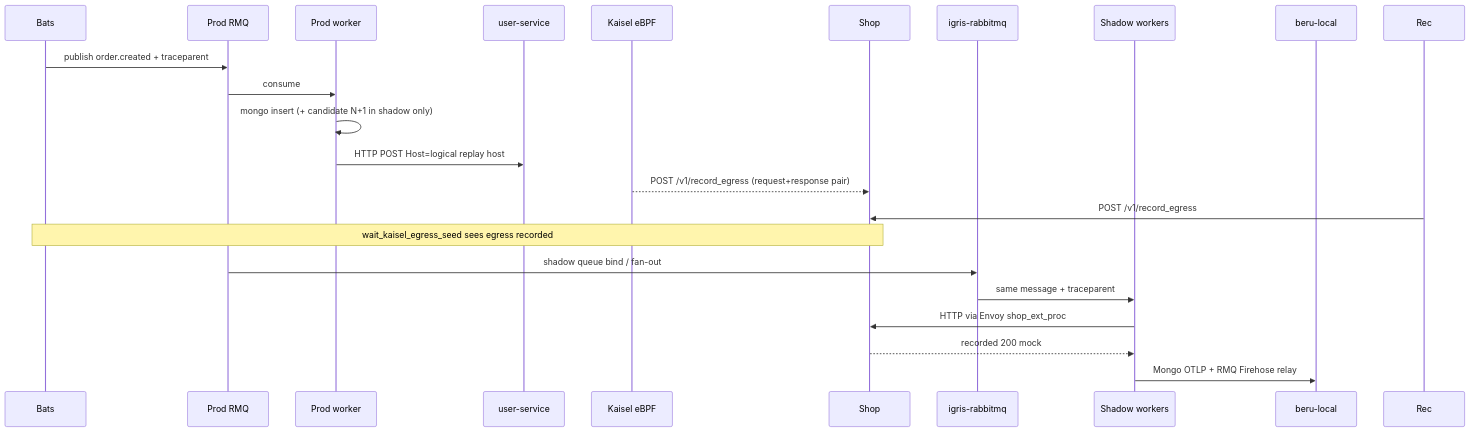
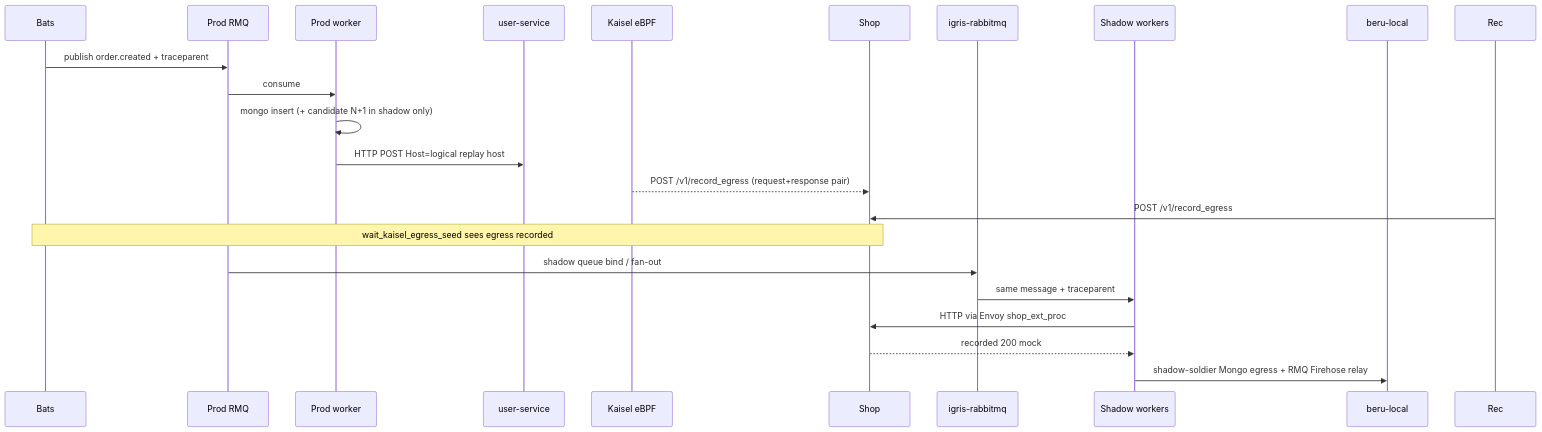
One commit to nederrgo/shadow-diff changed the second of 2 diagrams in docs/verification/hybrid-rmq-e2e-flow.md. Above: the diagram before and after it, drawn with Mermaid. The commit also changed other lines of this file and 70 other files, not shown here.

````diff
--- a/docs/verification/hybrid-rmq-e2e-flow.md
+++ b/docs/verification/hybrid-rmq-e2e-flow.md
@@ -67,26 +68,26 @@
 ```mermaid
 sequenceDiagram
   participant Test as Bats
   participant ProdRMQ as Prod RMQ
   participant ProdW as Prod worker
   participant User as user-service
   participant Kaisel as Kaisel eBPF
   participant Shop as Shop
   participant Igris as igris-rabbitmq
   participant Shadow as Shadow workers
   participant Beru as beru-local
 
   Test->>ProdRMQ: publish order.created + traceparent
   ProdRMQ->>ProdW: consume
   ProdW->>ProdW: mongo insert (+ candidate N+1 in shadow only)
   ProdW->>User: HTTP POST Host=logical replay host
   Kaisel-->>Shop: POST /v1/record_egress (request+response pair)
   Rec->>Shop: POST /v1/record_egress
   Note over Test,Shop: wait_kaisel_egress_seed sees egress recorded
 
   ProdRMQ->>Igris: shadow queue bind / fan-out
   Igris->>Shadow: same message + traceparent
   Shadow->>Shop: HTTP via Envoy shop_ext_proc
   Shop-->>Shadow: recorded 200 mock
-  Shadow->>Beru: Mongo OTLP + RMQ Firehose relay
+  Shadow->>Beru: shadow-soldier Mongo egress + RMQ Firehose relay
 ```
````
